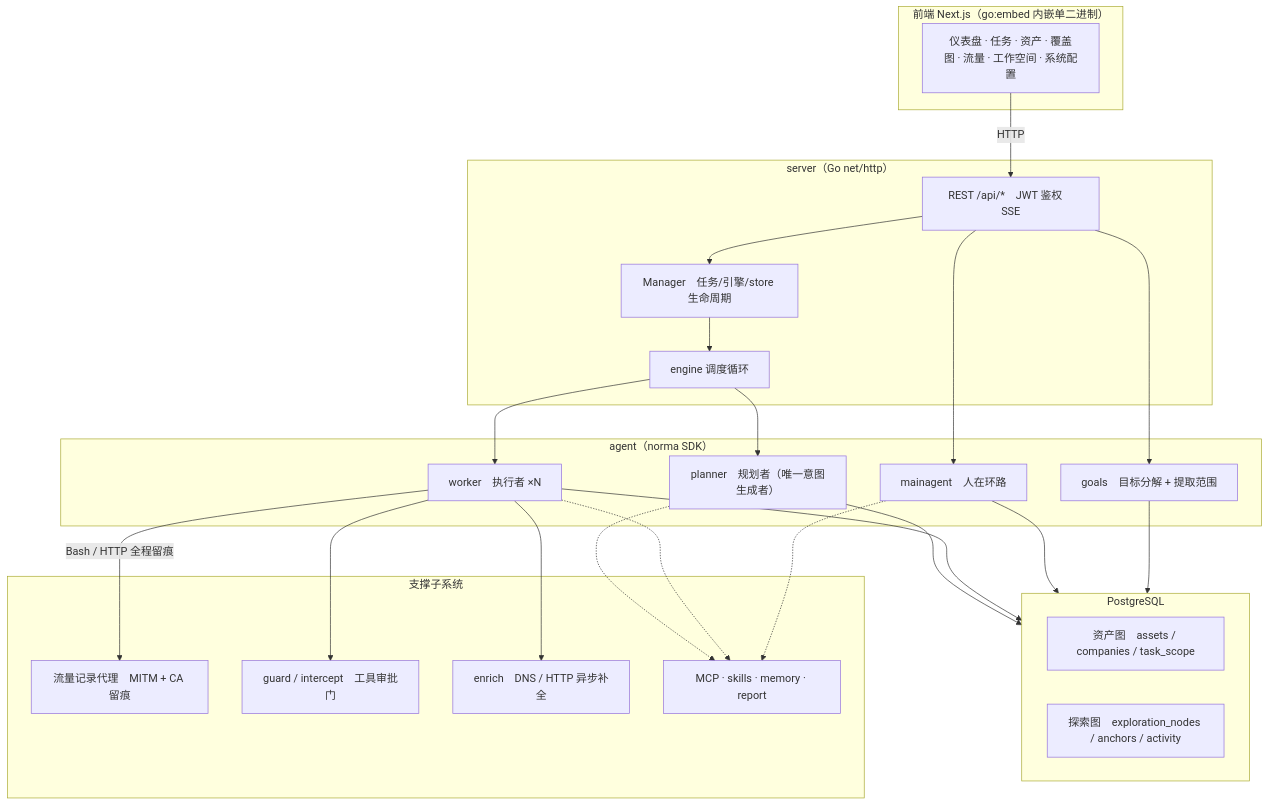
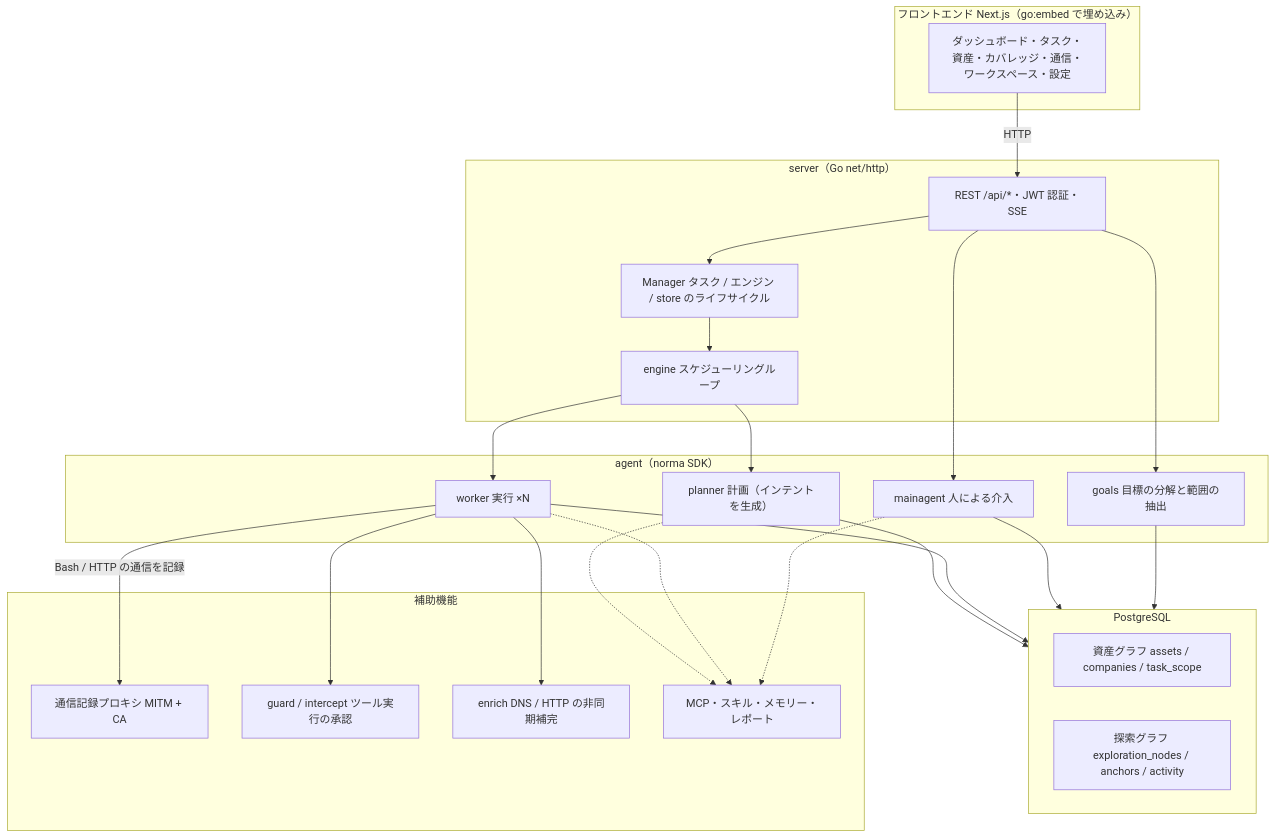
The first of 5 diagrams in README.md (hara-kazu/ARTEX-Japanese), drawn with Mermaid before and after one commit. The commit also changed other lines of this file and 139 other files, not shown here.

````diff
--- a/README.md
+++ b/README.md
@@ -304,44 +368,43 @@
 ```mermaid
 flowchart TB
-  subgraph FE["前端 Next.js（go:embed 内嵌单二进制）"]
-    UI["仪表盘 · 任务 · 资产 · 覆盖图 · 流量 · 工作空间 · 系统配置"]
+  subgraph FE["フロントエンド Next.js（go:embed で埋め込み）"]
+    UI["ダッシュボード・タスク・資産・カバレッジ・通信・ワークスペース・設定"]
   end
   subgraph SRV["server（Go net/http）"]
-    API["REST /api/*　JWT 鉴权　SSE"]
-    ENG["engine 调度循环"]
-    MGR["Manager　任务/引擎/store 生命周期"]
+    API["REST /api/*・JWT 認証・SSE"]
+    ENG["engine スケジューリングループ"]
+    MGR["Manager タスク / エンジン / store のライフサイクル"]
   end
   subgraph AG["agent（norma SDK）"]
-    GO["goals　目标分解 + 提取范围"]
-    PL["planner　规划者（唯一意图生成者）"]
-    WK["worker　执行者 ×N"]
-    MA["mainagent　人在环路"]
+    GO["goals 目標の分解と範囲の抽出"]
+    PL["planner 計画（インテントを生成）"]
+    WK["worker 実行 ×N"]
+    MA["mainagent 人による介入"]
   end
   subgraph DB["PostgreSQL"]
-    AGRAPH["资产图　assets / companies / task_scope"]
-    EGRAPH["探索图　exploration_nodes / anchors / activity"]
+    AGRAPH["資産グラフ assets / companies / task_scope"]
+    EGRAPH["探索グラフ exploration_nodes / anchors / activity"]
   end
-  subgraph SUB["支撑子系统"]
-    PROXY["流量记录代理　MITM + CA 留痕"]
-    GUARD["guard / intercept　工具审批门"]
-    ENR["enrich　DNS / HTTP 异步补全"]
-    EXT["MCP · skills · memory · report"]
+  subgraph SUB["補助機能"]
+    PROXY["通信記録プロキシ MITM + CA"]
+    GUARD["guard / intercept ツール実行の承認"]
+    ENR["enrich DNS / HTTP の非同期補完"]
+    EXT["MCP・スキル・メモリー・レポート"]
   end
-
   UI -->|HTTP| API
   API --> MGR --> ENG
   ENG --> PL
   ENG --> WK
   API --> MA
   API --> GO
   PL --> DB
   WK --> DB
   MA --> DB
   GO --> DB
-  WK -->|"Bash / HTTP 全程留痕"| PROXY
+  WK -->|"Bash / HTTP の通信を記録"| PROXY
   WK --> GUARD
   WK --> ENR
   PL -.-> EXT
   WK -.-> EXT
   MA -.-> EXT
 ```
````
